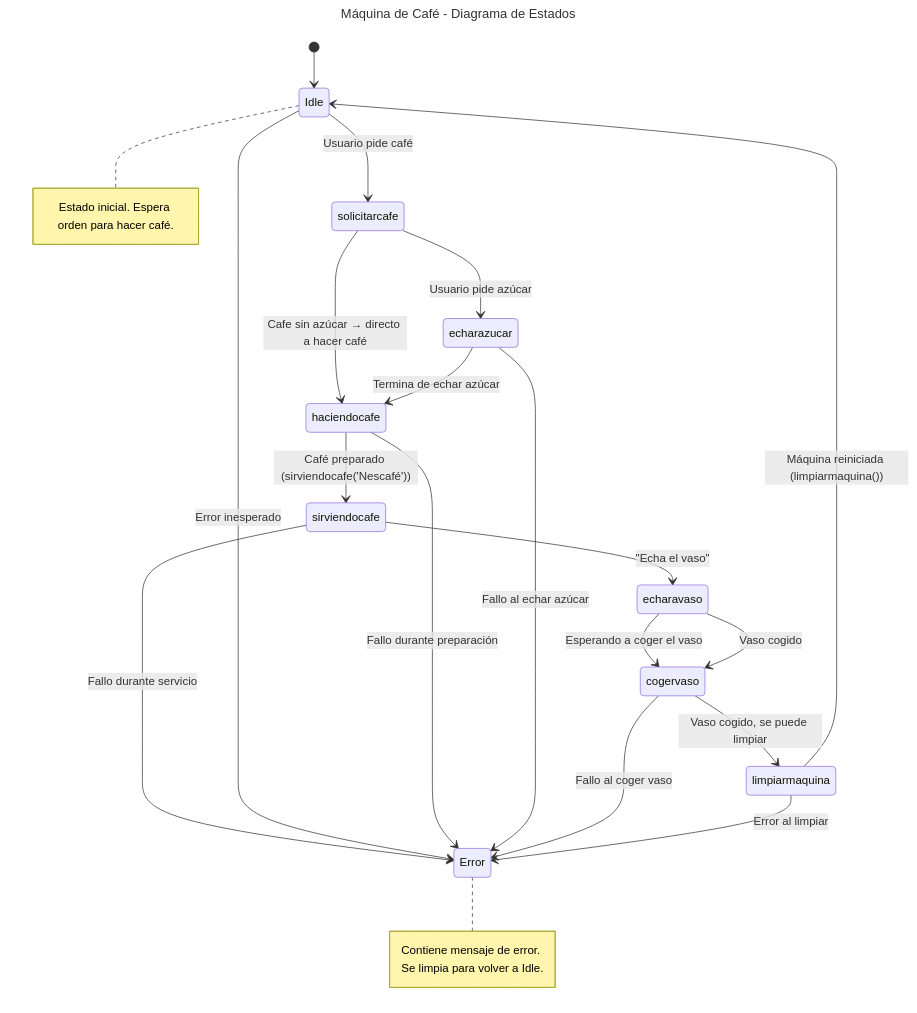
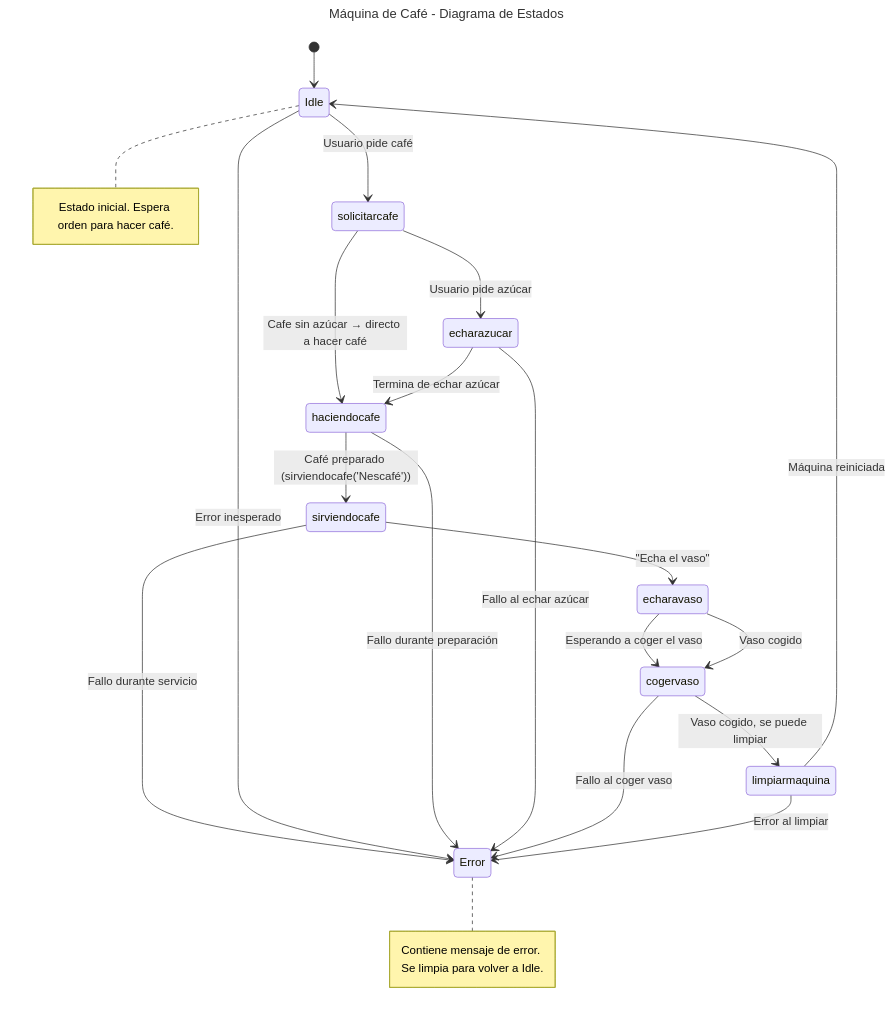
One commit to shermidagre/PMDM changed the diagram in 1trabajo/src/diagrama.mmd. Above: the diagram before and after it, drawn with Mermaid.

Commit message:
actu diagrama.mmd

```diff
--- a/1trabajo/src/diagrama.mmd
+++ b/1trabajo/src/diagrama.mmd
@@ -1,23 +1,23 @@
 ---
 title: Máquina de Café - Diagrama de Estados
 ---
 stateDiagram-v2
 [*] --> Idle
 Idle --> solicitarcafe: Usuario pide café
 solicitarcafe --> echarazucar: Usuario pide azúcar
 solicitarcafe --> haciendocafe: Cafe sin azúcar → directo a hacer café
 echarazucar --> haciendocafe: Termina de echar azúcar
 haciendocafe --> sirviendocafe: Café preparado (sirviendocafe('Nescafé'))
 sirviendocafe --> Error: Fallo durante servicio
 Idle --> Error: Error inesperado
 haciendocafe --> Error: Fallo durante preparación
 echarazucar --> Error: Fallo al echar azúcar
 sirviendocafe --> echaravaso: "Echa el vaso"
 echaravaso --> cogervaso: Esperando a coger el vaso
 cogervaso --> Error: Fallo al coger vaso
 echaravaso --> cogervaso: Vaso cogido
 cogervaso --> limpiarmaquina:  Vaso cogido, se puede limpiar
-limpiarmaquina --> Idle: Máquina reiniciada (limpiarmaquina())
+limpiarmaquina --> Idle: Máquina reiniciada
 limpiarmaquina --> Error: Error al limpiar
 note right of Idle: Estado inicial. Espera orden para hacer café.
 note right of Error: Contiene mensaje de error. Se limpia para volver a Idle.
```
